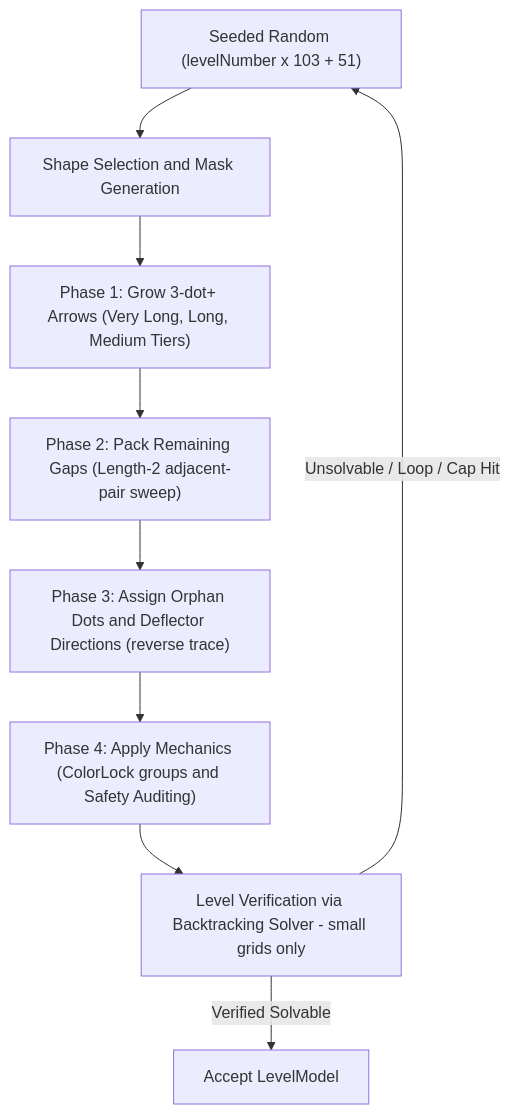
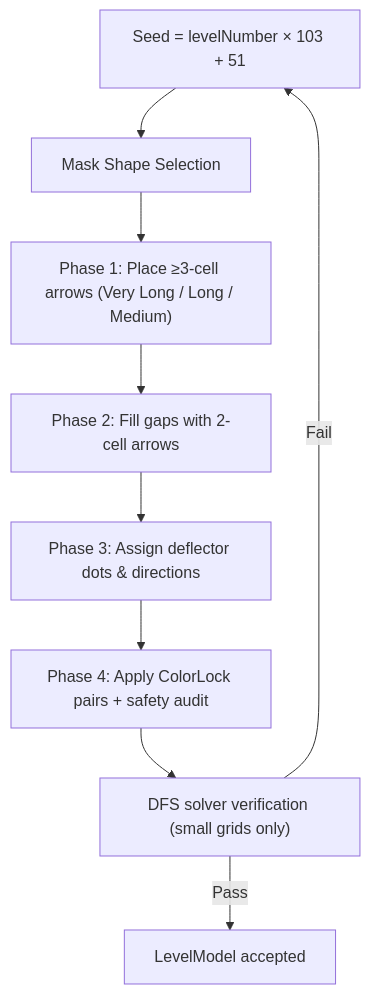
The diagram in README.md (gtxPrime/arrow-escape), drawn with Mermaid before and after one commit. The commit also changed other lines of this file, not shown here.

````diff
--- a/README.md
+++ b/README.md
@@ -358,11 +153,11 @@
 ```mermaid
 graph TD
-    A["Seeded Random (levelNumber x 103 + 51)"] --> B["Shape Selection and Mask Generation"]
-    B --> C["Phase 1: Grow 3-dot+ Arrows (Very Long, Long, Medium Tiers)"]
-    C --> D["Phase 2: Pack Remaining Gaps (Length-2 adjacent-pair sweep)"]
-    D --> E["Phase 3: Assign Orphan Dots and Deflector Directions (reverse trace)"]
-    E --> F["Phase 4: Apply Mechanics (ColorLock groups and Safety Auditing)"]
-    F --> G["Level Verification via Backtracking Solver - small grids only"]
-    G -- "Unsolvable / Loop / Cap Hit" --> A
-    G -- "Verified Solvable" --> H["Accept LevelModel"]
+    A["Seed = levelNumber × 103 + 51"] --> B["Mask Shape Selection"]
+    B --> C["Phase 1: Place ≥3-cell arrows (Very Long / Long / Medium)"]
+    C --> D["Phase 2: Fill gaps with 2-cell arrows"]
+    D --> E["Phase 3: Assign deflector dots & directions"]
+    E --> F["Phase 4: Apply ColorLock pairs + safety audit"]
+    F --> G["DFS solver verification (small grids only)"]
+    G -- "Fail" --> A
+    G -- "Pass" --> H["LevelModel accepted"]
 ```
````
